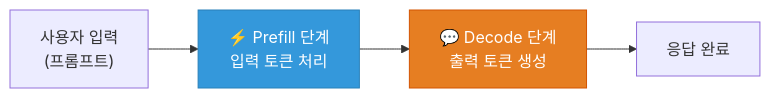
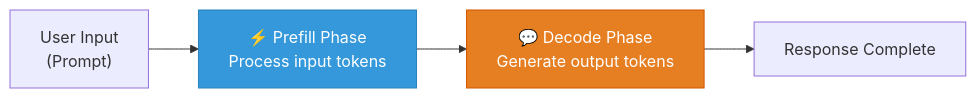
The first of 2 diagrams in _posts/2026-02-25-ollama-bench-tool.md (rockyRunnr/rockyRunnr.github.io), drawn with Mermaid before and after one commit. The commit also changed other lines of this file and 1 other file, not shown here.

````diff
--- a/_posts/2026-02-25-ollama-bench-tool.md
+++ b/_posts/2026-02-25-ollama-bench-tool.md
@@ -48,9 +48,9 @@
 ```mermaid
 flowchart LR
-    A["사용자 입력<br/>(프롬프트)"] --> B["⚡ Prefill 단계<br/>입력 토큰 처리"]
-    B --> C["💬 Decode 단계<br/>출력 토큰 생성"]
-    C --> D["응답 완료"]
+    A["User Input<br/>(Prompt)"] --> B["⚡ Prefill Phase<br/>Process input tokens"]
+    B --> C["💬 Decode Phase<br/>Generate output tokens"]
+    C --> D["Response Complete"]
 
     style B fill:#3498db,stroke:#2980b9,color:#fff
     style C fill:#e67e22,stroke:#d35400,color:#fff
 ```
````
